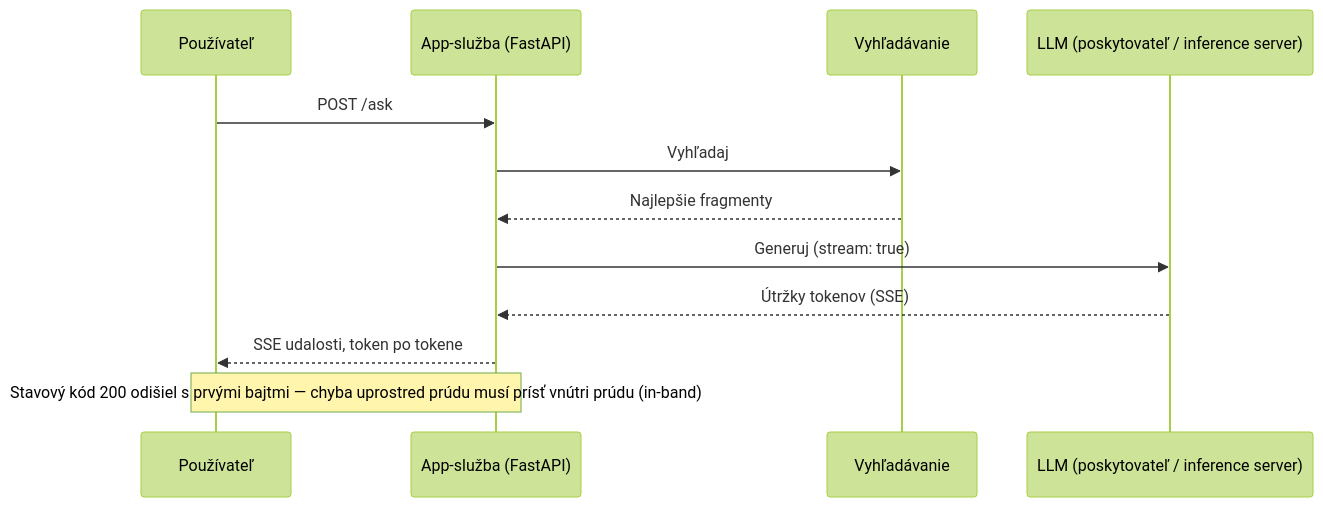
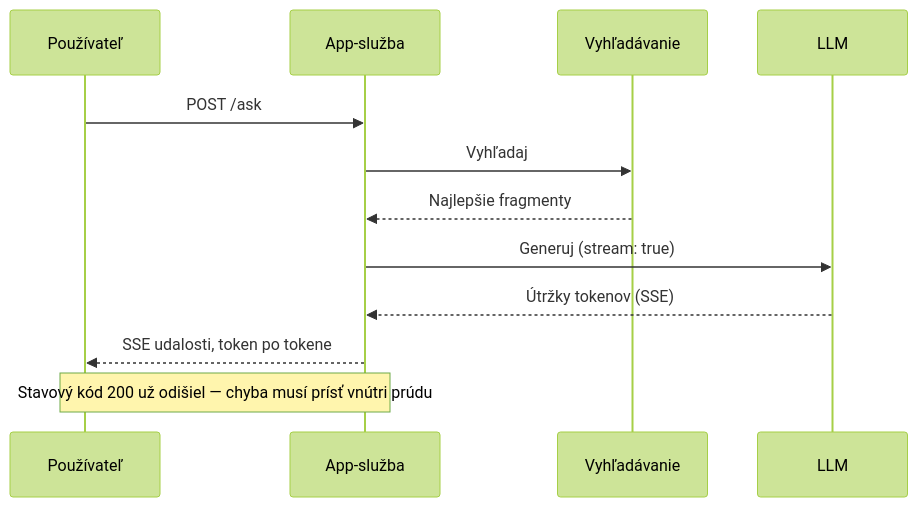
One commit to NikolaiSachok/ai-engineering-handbook changed the first of 2 diagrams in i18n/sk/docusaurus-plugin-content-docs/current/part-3-production/serving/index.md. Above: the diagram before and after it, drawn with Mermaid (forest theme). The commit also changed other lines of this file and 75 other files, not shown here.

First line of the commit message:
fix(diagrams): re-author wide diagrams, and measure the three locales the gate never saw (#441)

````diff
--- a/i18n/sk/docusaurus-plugin-content-docs/current/part-3-production/serving/index.md
+++ b/i18n/sk/docusaurus-plugin-content-docs/current/part-3-production/serving/index.md
@@ -44,14 +44,14 @@
 ```mermaid
 sequenceDiagram
     participant U as Používateľ
-    participant S as App-služba (FastAPI)
+    participant S as App-služba
     participant R as Vyhľadávanie
-    participant M as LLM (poskytovateľ / inference server)
+    participant M as LLM
     U->>S: POST /ask
     S->>R: Vyhľadaj
     R-->>S: Najlepšie fragmenty
     S->>M: Generuj (stream: true)
     M-->>S: Útržky tokenov (SSE)
     S-->>U: SSE udalosti, token po tokene
-    Note over S,U: Stavový kód 200 odišiel s prvými bajtmi — chyba uprostred prúdu musí prísť vnútri prúdu (in-band)
+    Note over S,U: Stavový kód 200 už odišiel — chyba musí prísť vnútri prúdu
 ```
````
